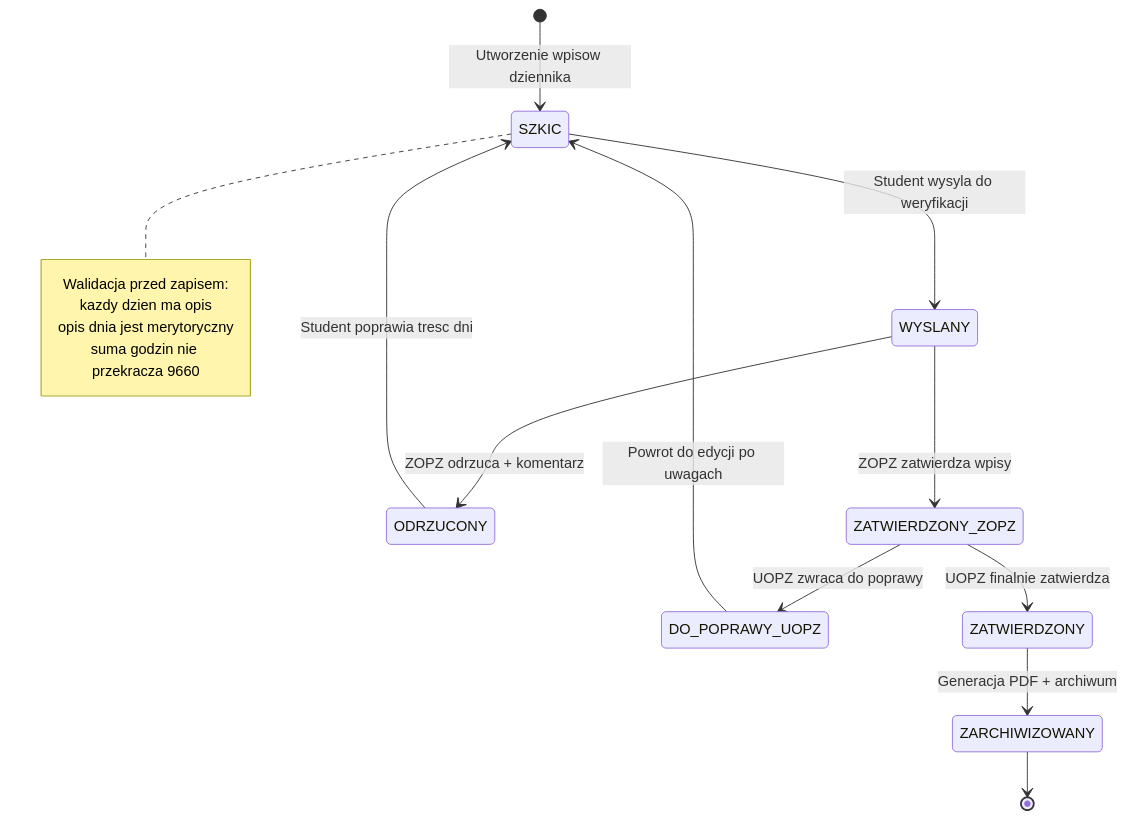
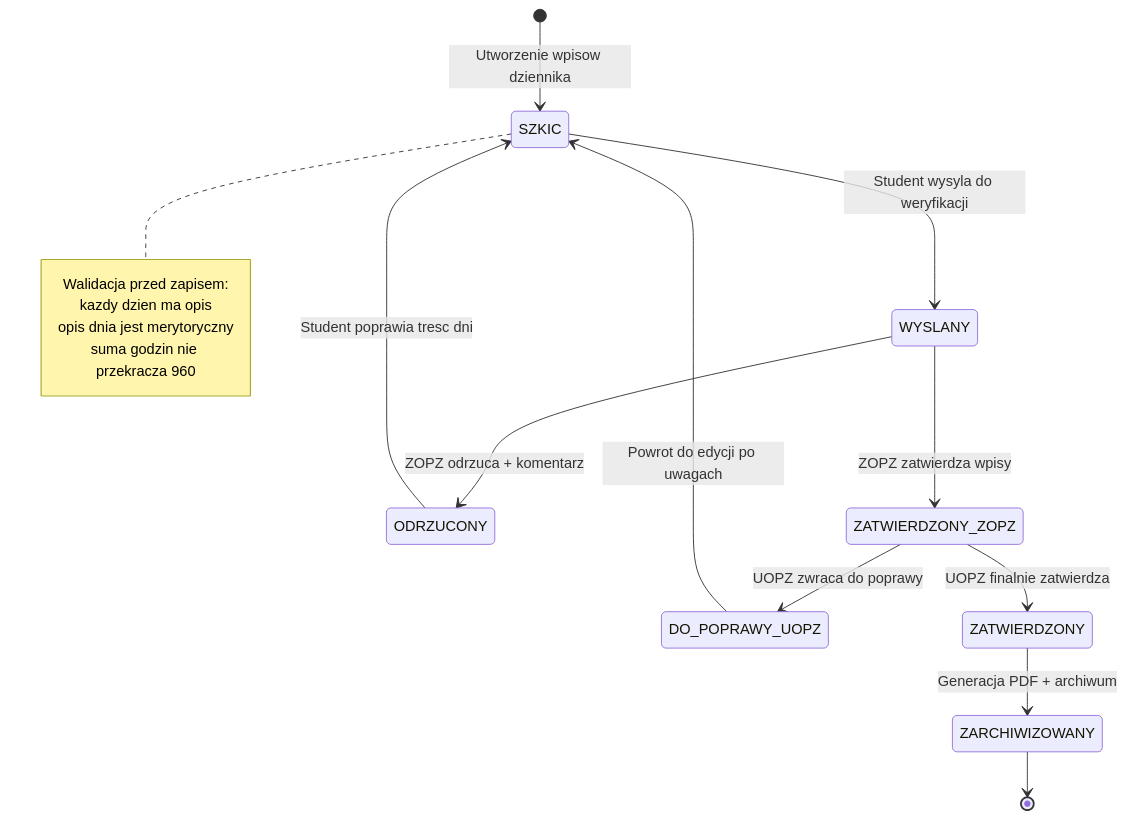
Before and after one commit to kacprow21324/flask-app-form: the diagram in documentation/diagrams/diagrams_code/State_Document_Lifecycle.mmd, drawn with Mermaid. The commit also changed 148 other files, not shown here.

```diff
--- a/documentation/diagrams/diagrams_code/State_Document_Lifecycle.mmd
+++ b/documentation/diagrams/diagrams_code/State_Document_Lifecycle.mmd
@@ -1,21 +1,21 @@
 stateDiagram-v2
     [*] --> SZKIC: Utworzenie wpisow dziennika
 
     note right of SZKIC
       Walidacja przed zapisem:
       kazdy dzien ma opis
       opis dnia jest merytoryczny
-      suma godzin nie przekracza 9660
+      suma godzin nie przekracza 960
     end note
 
     SZKIC --> WYSLANY: Student wysyla do weryfikacji
     WYSLANY --> ODRZUCONY: ZOPZ odrzuca + komentarz
     ODRZUCONY --> SZKIC: Student poprawia tresc dni
 
     WYSLANY --> ZATWIERDZONY_ZOPZ: ZOPZ zatwierdza wpisy
     ZATWIERDZONY_ZOPZ --> DO_POPRAWY_UOPZ: UOPZ zwraca do poprawy
     DO_POPRAWY_UOPZ --> SZKIC: Powrot do edycji po uwagach
 
     ZATWIERDZONY_ZOPZ --> ZATWIERDZONY: UOPZ finalnie zatwierdza
     ZATWIERDZONY --> ZARCHIWIZOWANY: Generacja PDF + archiwum
     ZARCHIWIZOWANY --> [*]
```
